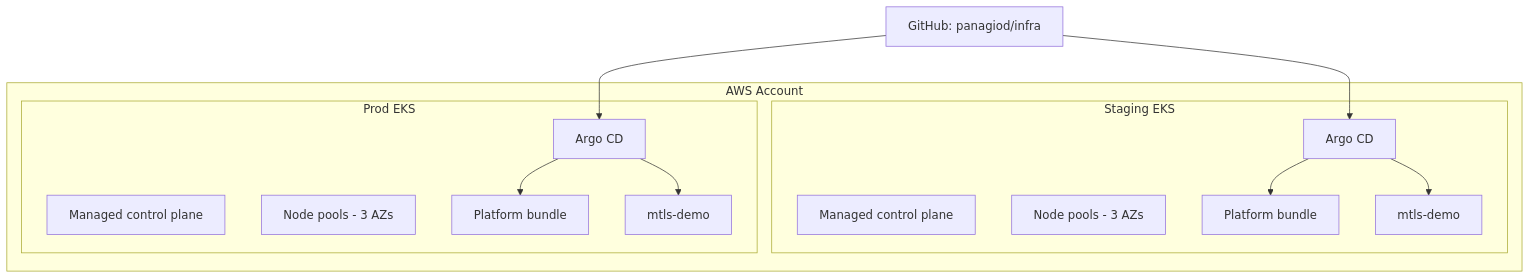
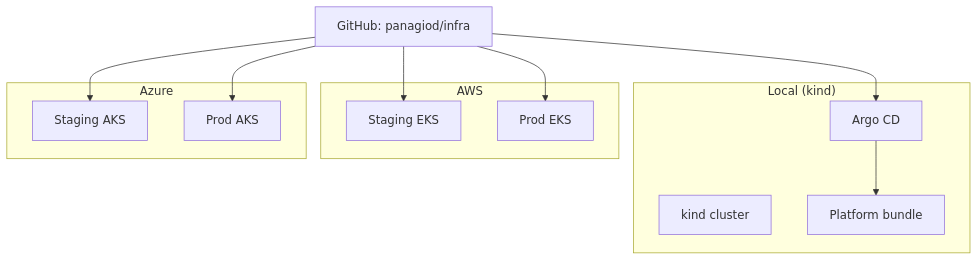
Before and after one commit to panagiod/infra: the first of 2 diagrams in docs/architecture.md, drawn with Mermaid. The commit also changed other lines of this file and 17 other files, not shown here.

````diff
--- a/docs/architecture.md
+++ b/docs/architecture.md
@@ -14,27 +13,27 @@
 ```mermaid
 flowchart TB
-  subgraph aws["AWS Account"]
-    subgraph stg["Staging EKS"]
-      STG_CP["Managed control plane"]
-      STG_NP["Node pools - 3 AZs"]
-      STG_ARGO["Argo CD"]
-      STG_PLAT["Platform bundle"]
-      STG_APP["mtls-demo"]
-    end
+  GIT["GitHub: panagiod/infra"]
 
-    subgraph prd["Prod EKS"]
-      PRD_CP["Managed control plane"]
-      PRD_NP["Node pools - 3 AZs"]
-      PRD_ARGO["Argo CD"]
-      PRD_PLAT["Platform bundle"]
-      PRD_APP["mtls-demo"]
-    end
+  subgraph local["Local (kind)"]
+    KIND["kind cluster"]
+    KIND_ARGO["Argo CD"]
+    KIND_PLAT["Platform bundle"]
   end
 
-  GIT["GitHub: panagiod/infra"] --> STG_ARGO
-  GIT --> PRD_ARGO
-  STG_ARGO --> STG_PLAT
-  STG_ARGO --> STG_APP
-  PRD_ARGO --> PRD_PLAT
-  PRD_ARGO --> PRD_APP
+  subgraph aws["AWS"]
+    STG["Staging EKS"]
+    PRD["Prod EKS"]
+  end
+
+  subgraph azure["Azure"]
+    ASTG["Staging AKS"]
+    APRD["Prod AKS"]
+  end
+
+  GIT --> KIND_ARGO
+  GIT --> STG
+  GIT --> PRD
+  GIT --> ASTG
+  GIT --> APRD
+  KIND_ARGO --> KIND_PLAT
 ```
````
